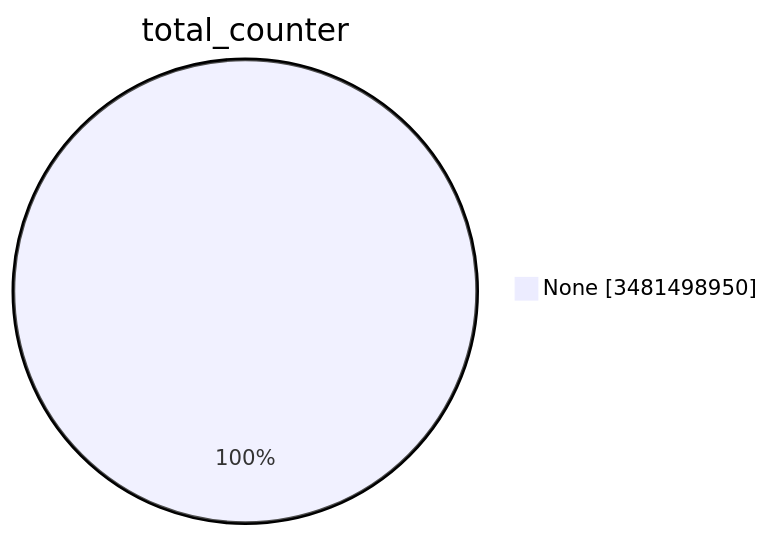
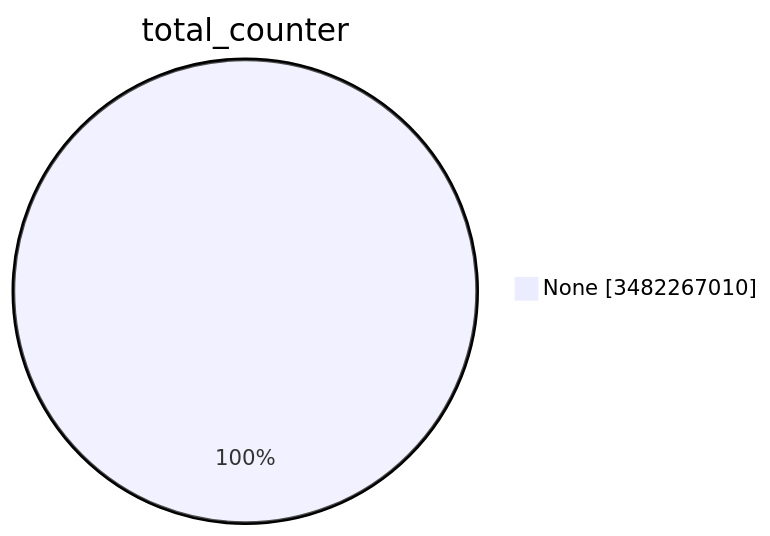
The first of 15 diagrams in TOTAL/README.md (christiankrug/ctmonitor_visualization), drawn with Mermaid before and after one commit. The commit also changed other lines of this file, not shown here.

````diff
--- a/TOTAL/README.md
+++ b/TOTAL/README.md
@@ -1,5 +1,5 @@
 ```mermaid
 pie showData
 title total_counter
-"None" :3481498950
+"None" :3482267010
 ```
````
